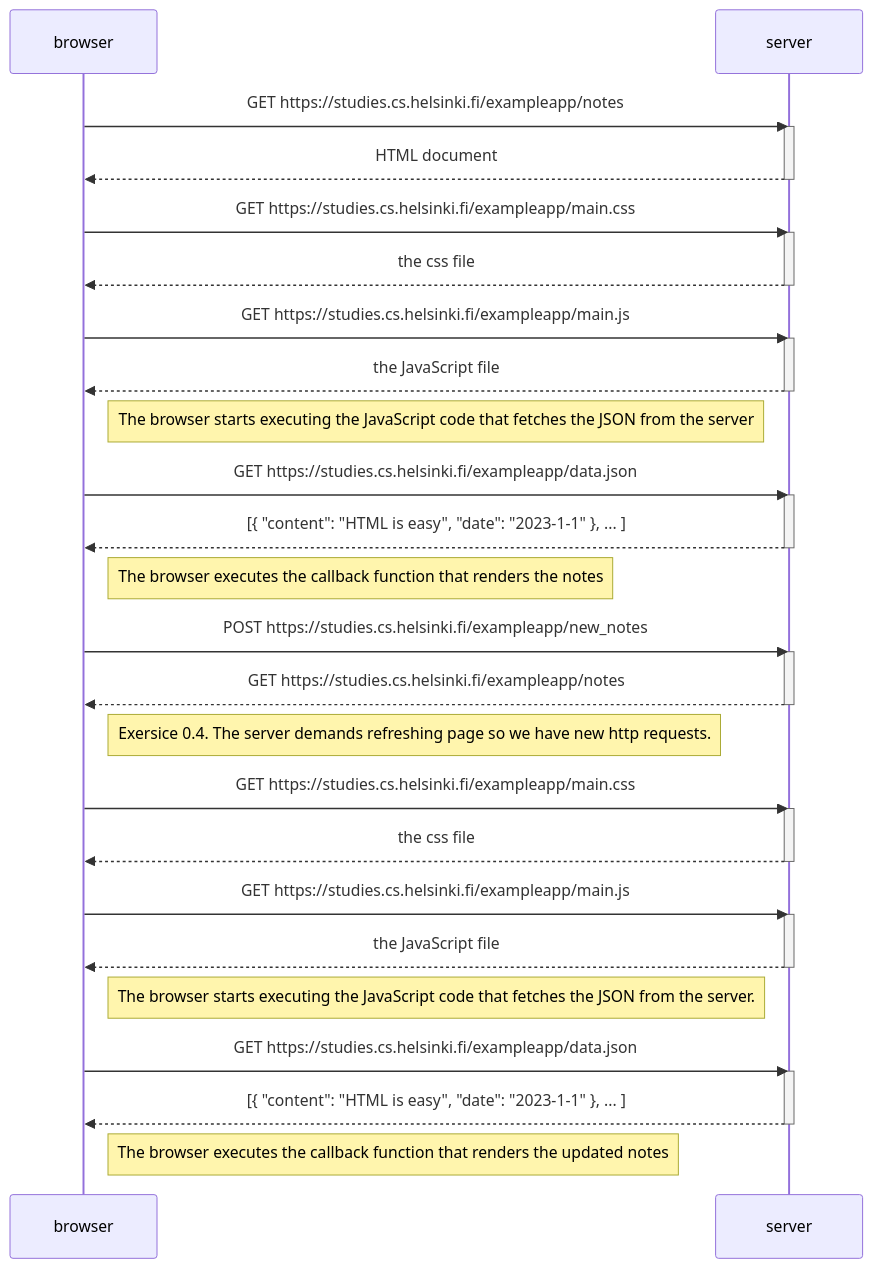
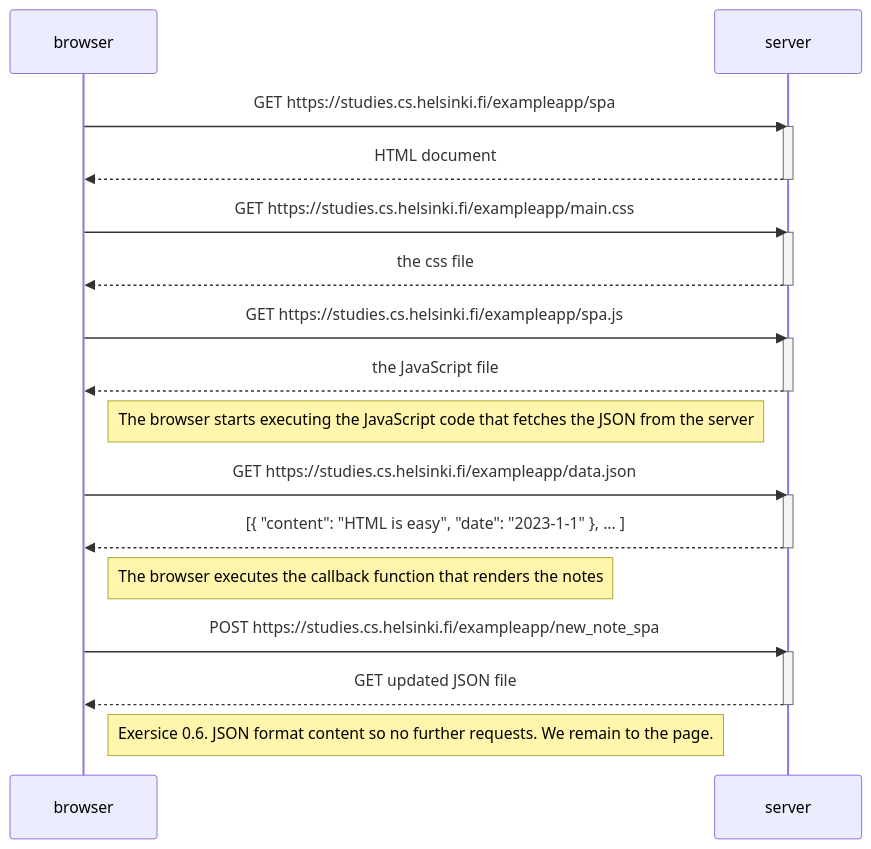
One commit to z1skgr/FullOpenStack2023 changed the diagram in Part 0/3.md. Above: the diagram before and after it, drawn with Mermaid. The commit also changed other lines of this file, not shown here.

````diff
--- a/Part 0/3.md
+++ b/Part 0/3.md
@@ -2,55 +1,38 @@
 ```mermaid
 
 sequenceDiagram
     participant browser
     participant server
     
-    browser->>server: GET https://studies.cs.helsinki.fi/exampleapp/notes
+    browser->>server: GET https://studies.cs.helsinki.fi/exampleapp/spa
     activate server
     server-->>browser: HTML document
     deactivate server
     
     browser->>server: GET https://studies.cs.helsinki.fi/exampleapp/main.css
     activate server
     server-->>browser: the css file
     deactivate server
     
-    browser->>server: GET https://studies.cs.helsinki.fi/exampleapp/main.js
+    browser->>server: GET https://studies.cs.helsinki.fi/exampleapp/spa.js
     activate server
     server-->>browser: the JavaScript file
     deactivate server
     
     Note right of browser: The browser starts executing the JavaScript code that fetches the JSON from the server
     
     browser->>server: GET https://studies.cs.helsinki.fi/exampleapp/data.json
     activate server
     server-->>browser: [{ "content": "HTML is easy", "date": "2023-1-1" }, ... ]
     deactivate server    
 
     Note right of browser: The browser executes the callback function that renders the notes 
+    
+browser->>server: POST https://studies.cs.helsinki.fi/exampleapp/new_note_spa
+    activate server
+    server-->>browser: GET updated JSON file
+    deactivate server
+    Note right of browser: Exersice 0.6. JSON format content so no further requests. We remain to the page. 
 
-browser->>server: POST https://studies.cs.helsinki.fi/exampleapp/new_notes
-    activate server
-    server-->>browser: GET https://studies.cs.helsinki.fi/exampleapp/notes
-    deactivate server
-    Note right of browser: Exersice 0.4. The server demands refreshing page so we have new http requests. 
-    browser->>server: GET https://studies.cs.helsinki.fi/exampleapp/main.css
-    activate server
-    server-->>browser: the css file
-    deactivate server
-    
-    browser->>server: GET https://studies.cs.helsinki.fi/exampleapp/main.js
-    activate server
-    server-->>browser: the JavaScript file
-    deactivate server
-    
-    Note right of browser: The browser starts executing the JavaScript code that fetches the JSON from the server.
-    
-    browser->>server: GET https://studies.cs.helsinki.fi/exampleapp/data.json
-    activate server
-    server-->>browser: [{ "content": "HTML is easy", "date": "2023-1-1" }, ... ]
-    deactivate server    
-
-    Note right of browser: The browser executes the callback function that renders the updated notes 
 
 ```
````
